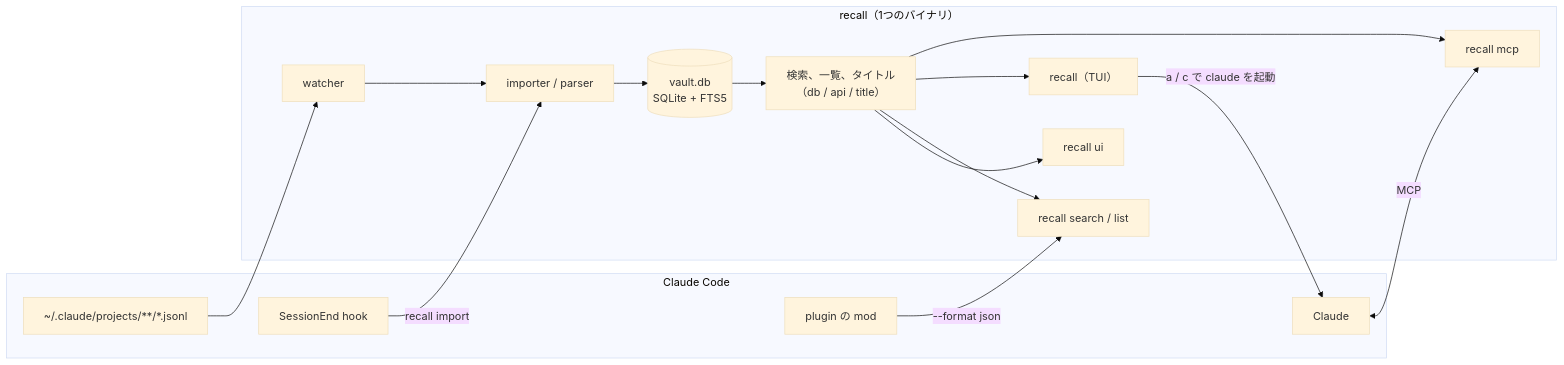
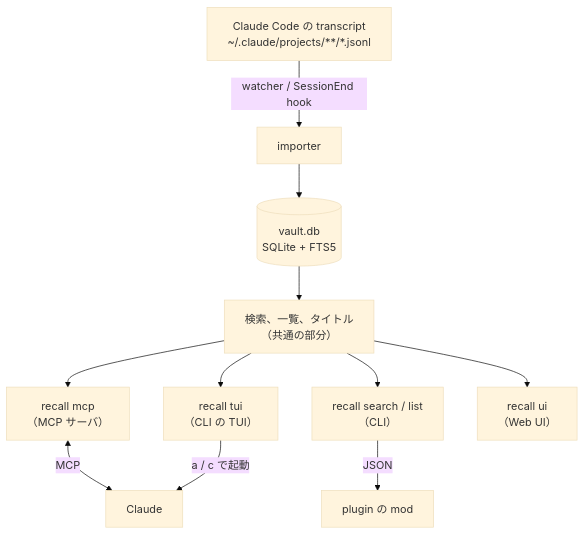
Before and after one commit to babarot/zenn.dev: the first of 3 diagrams in articles/claude-code-session-recall.md, drawn with Mermaid (base theme). The commit also changed other lines of this file, not shown here.

Commit message:
Revise the claude-recall draft after review

````diff
--- a/articles/claude-code-session-recall.md
+++ b/articles/claude-code-session-recall.md
@@ -39,26 +39,20 @@
 ```mermaid
-flowchart LR
-    subgraph CC["Claude Code"]
-        JSONL["~/.claude/projects/**/*.jsonl"]
-        Hook["SessionEnd hook"]
-        Mod["plugin の mod"]
-        Claude["Claude"]
-    end
-    subgraph R["recall（1つのバイナリ）"]
-        Watcher["watcher"]
-        Importer["importer / parser"]
-        DB[("vault.db<br/>SQLite + FTS5")]
-        Core["検索、一覧、タイトル<br/>（db / api / title）"]
-        MCP["recall mcp"]
-        TUI["recall（TUI）"]
-        CLI["recall search / list"]
-        Web["recall ui"]
-    end
-    JSONL --> Watcher --> Importer
-    Hook -->|recall import| Importer
+flowchart TD
+    JSONL["Claude Code の transcript<br/>~/.claude/projects/**/*.jsonl"]
+    Importer["importer"]
+    DB[("vault.db<br/>SQLite + FTS5")]
+    Core["検索、一覧、タイトル<br/>（共通の部分）"]
+    MCP["recall mcp<br/>（MCP サーバ）"]
+    TUI["recall tui<br/>（CLI の TUI）"]
+    CLI["recall search / list<br/>（CLI）"]
+    Web["recall ui<br/>（Web UI）"]
+    Claude["Claude"]
+    Mod["plugin の mod"]
+
+    JSONL -->|"watcher / SessionEnd hook"| Importer
     Importer --> DB --> Core
     Core --> MCP & TUI & CLI & Web
-    Claude <-->|MCP| MCP
-    Mod -->|"--format json"| CLI
-    TUI -->|"a / c で claude を起動"| Claude
+    MCP <-->|MCP| Claude
+    TUI -->|"a / c で起動"| Claude
+    CLI -->|JSON| Mod
 ```
````
